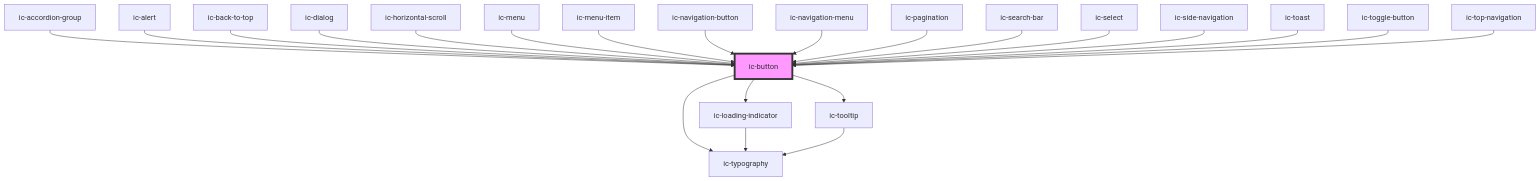
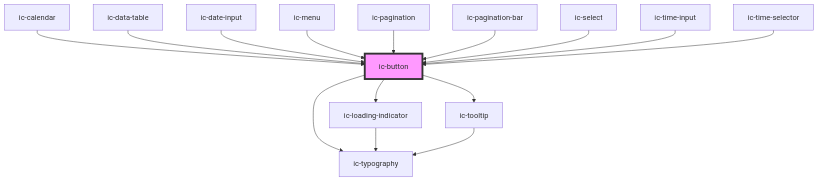
One commit to mi6/ic-ui-kit changed the diagram in packages/web-components/src/components/ic-button/readme.md. Above: the diagram before and after it, drawn with Mermaid. The commit also changed other lines of this file and 9 other files, not shown here.

````diff
--- a/packages/web-components/src/components/ic-button/readme.md
+++ b/packages/web-components/src/components/ic-button/readme.md
@@ -112,25 +105,18 @@
 ```mermaid
 graph TD;
   ic-button --> ic-typography
   ic-button --> ic-loading-indicator
   ic-button --> ic-tooltip
   ic-loading-indicator --> ic-typography
   ic-tooltip --> ic-typography
-  ic-accordion-group --> ic-button
-  ic-alert --> ic-button
-  ic-back-to-top --> ic-button
-  ic-dialog --> ic-button
-  ic-horizontal-scroll --> ic-button
+  ic-calendar --> ic-button
+  ic-data-table --> ic-button
+  ic-date-input --> ic-button
   ic-menu --> ic-button
-  ic-menu-item --> ic-button
-  ic-navigation-button --> ic-button
-  ic-navigation-menu --> ic-button
   ic-pagination --> ic-button
-  ic-search-bar --> ic-button
+  ic-pagination-bar --> ic-button
   ic-select --> ic-button
-  ic-side-navigation --> ic-button
-  ic-toast --> ic-button
-  ic-toggle-button --> ic-button
-  ic-top-navigation --> ic-button
+  ic-time-input --> ic-button
+  ic-time-selector --> ic-button
   style ic-button fill:#f9f,stroke:#333,stroke-width:4px
 ```
````
